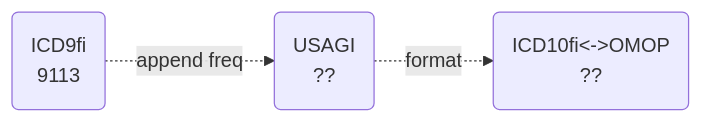
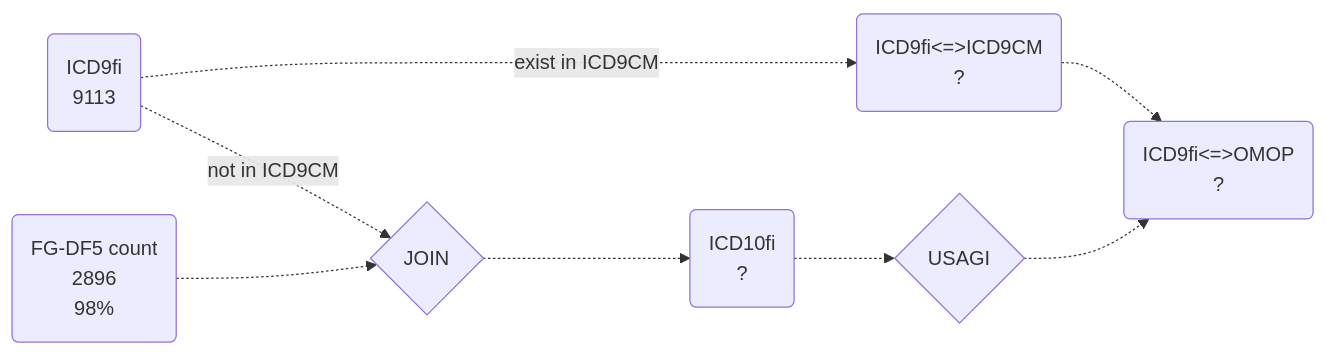
The seventh of 7 diagrams in README.md (FINNGEN/mapping_finland), drawn with Mermaid before and after one commit. The commit also changed other lines of this file, not shown here.

````diff
--- a/README.md
+++ b/README.md
@@ -95,4 +145,7 @@
 ```mermaid
 graph LR
-    A("ICD9fi<br>9113")-. "append freq" .-> E("USAGI<br>??")-. "format " .->C("ICD10fi<->OMOP<br>??")
+    A("ICD9fi<br>9113")-."exist in ICD9CM".->
+      B("ICD9fi<=>ICD9CM<br>?")  -.-> C("ICD9fi<=>OMOP<br>?")
+    A-."not in ICD9CM".-> J-.-> V("ICD10fi<br>?")-.-> E{"USAGI"}-.->  C
+    F("FG-DF5 count<br>2896<br>98%")-.-> J{"JOIN"}
 ```
````
